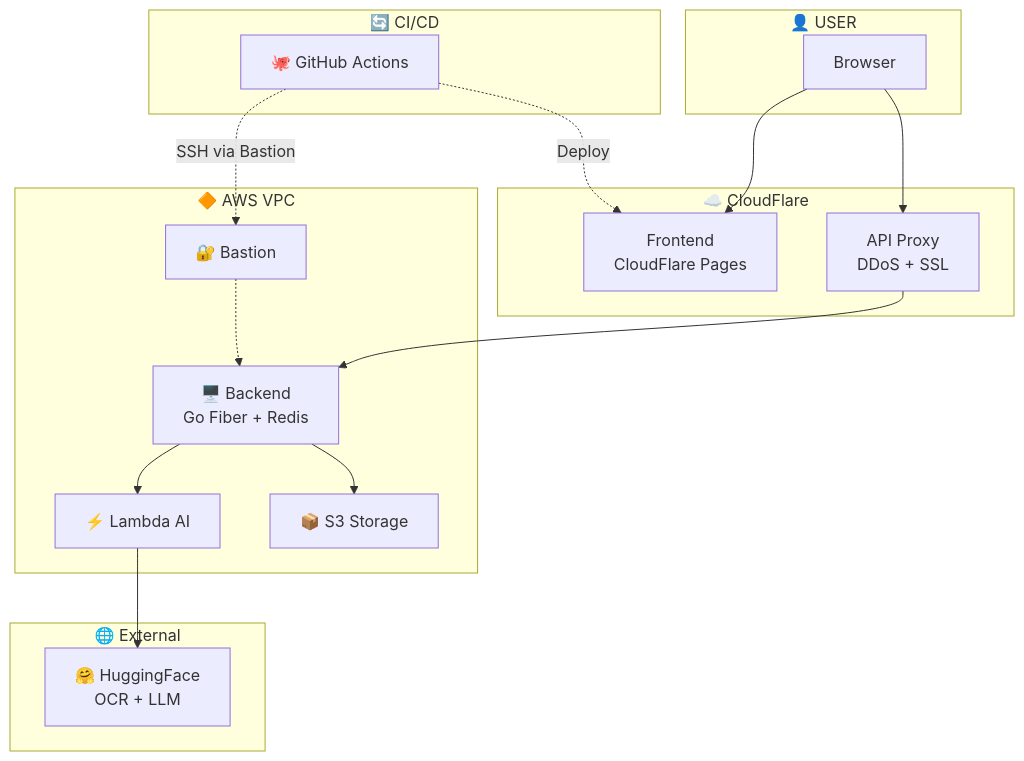
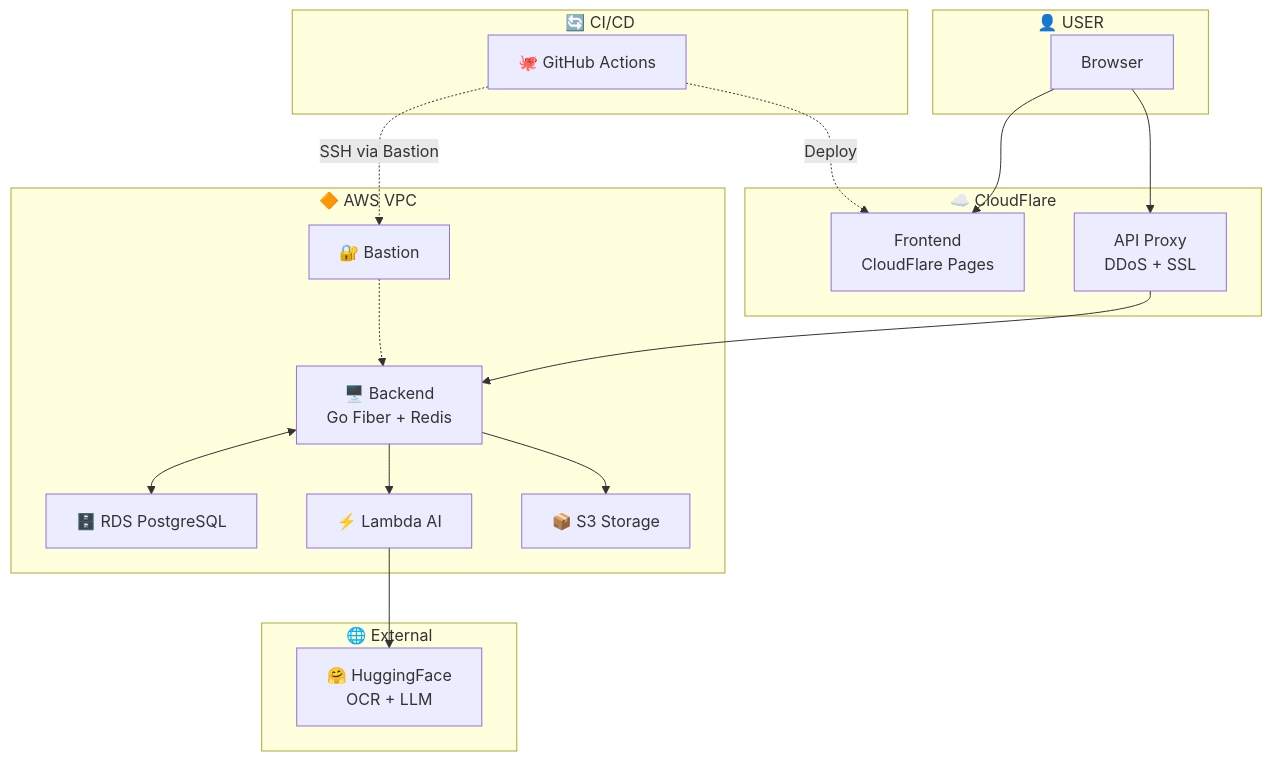
The diagram in README.md (aan-andiyanaS/finlapor), drawn with Mermaid before and after one commit.

````diff
--- a/README.md
+++ b/README.md
@@ -38,35 +38,37 @@
 ```mermaid
 flowchart TB
     subgraph CICD["🔄 CI/CD"]
         GitHub["🐙 GitHub Actions"]
     end
 
     subgraph User["👤 USER"]
         Browser["Browser"]
     end
 
     subgraph CloudFlare["☁️ CloudFlare"]
         CFPages["Frontend<br/>CloudFlare Pages"]
         CFProxy["API Proxy<br/>DDoS + SSL"]
     end
 
     subgraph AWS["🔶 AWS VPC"]
         Bastion["🔐 Bastion"]
         Backend["🖥️ Backend<br/>Go Fiber + Redis"]
+        RDS["🗄️ RDS PostgreSQL"]
         Lambda["⚡ Lambda AI"]
         S3["📦 S3 Storage"]
     end
 
     subgraph External["🌐 External"]
         HuggingFace["🤗 HuggingFace<br/>OCR + LLM"]
     end
 
     Browser --> CFPages
     Browser --> CFProxy --> Backend
     
     GitHub -.->|Deploy| CFPages
     GitHub -.->|SSH via Bastion| Bastion -.-> Backend
     
+    Backend <--> RDS
     Backend --> Lambda --> HuggingFace
     Backend --> S3
 ```
````
